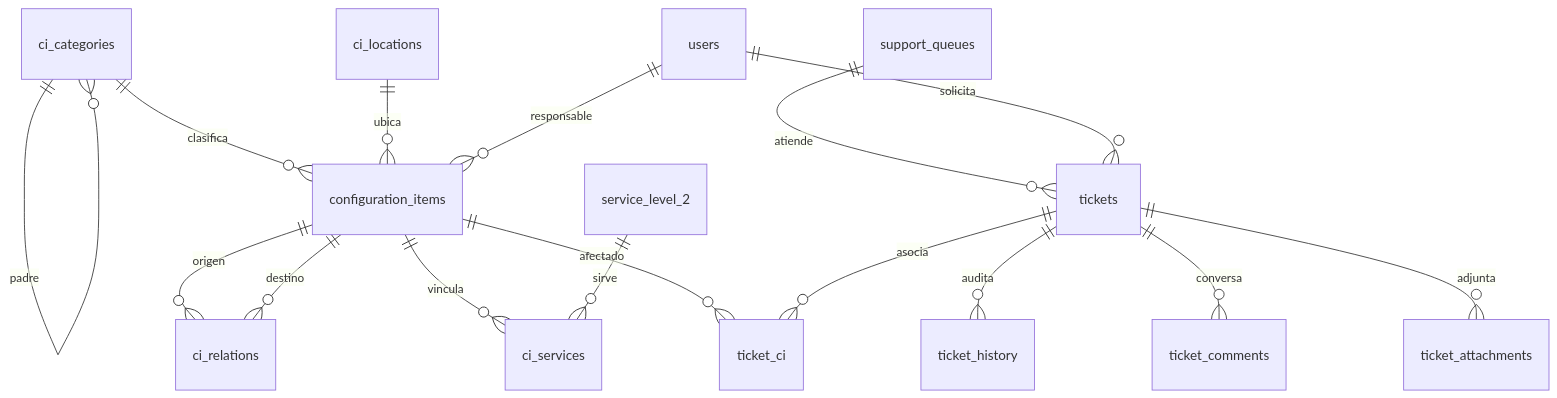
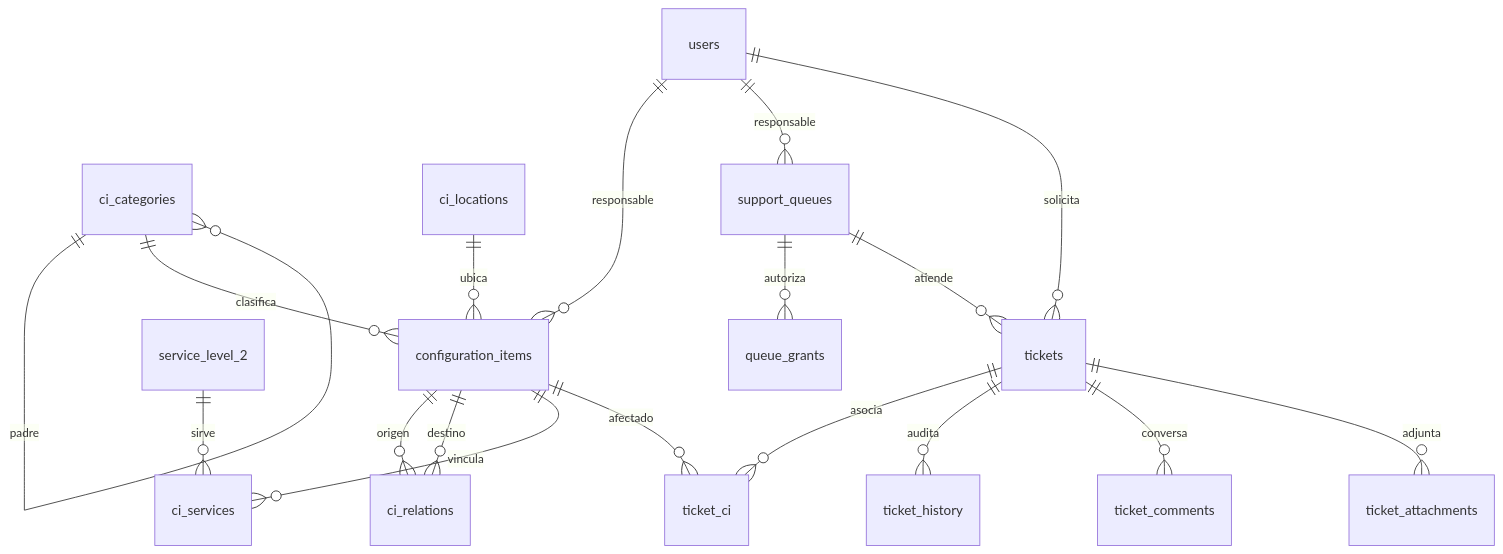
The diagram in docs/MODELO.md (DavidVelasquez77/parcial-catalogo-servicios-202307705), drawn with Mermaid before and after one commit. The commit also changed other lines of this file and 12 other files, not shown here.

````diff
--- a/docs/MODELO.md
+++ b/docs/MODELO.md
@@ -49,18 +49,20 @@
 ```mermaid
 erDiagram
   ci_categories ||--o{ ci_categories : padre
   ci_categories ||--o{ configuration_items : clasifica
   ci_locations ||--o{ configuration_items : ubica
   users ||--o{ configuration_items : responsable
   configuration_items ||--o{ ci_relations : origen
   configuration_items ||--o{ ci_relations : destino
   configuration_items ||--o{ ci_services : vincula
   service_level_2 ||--o{ ci_services : sirve
   configuration_items ||--o{ ticket_ci : afectado
   tickets ||--o{ ticket_ci : asocia
+  users ||--o{ support_queues : responsable
+  support_queues ||--o{ queue_grants : autoriza
   support_queues ||--o{ tickets : atiende
   users ||--o{ tickets : solicita
   tickets ||--o{ ticket_history : audita
   tickets ||--o{ ticket_comments : conversa
   tickets ||--o{ ticket_attachments : adjunta
 ```
````
